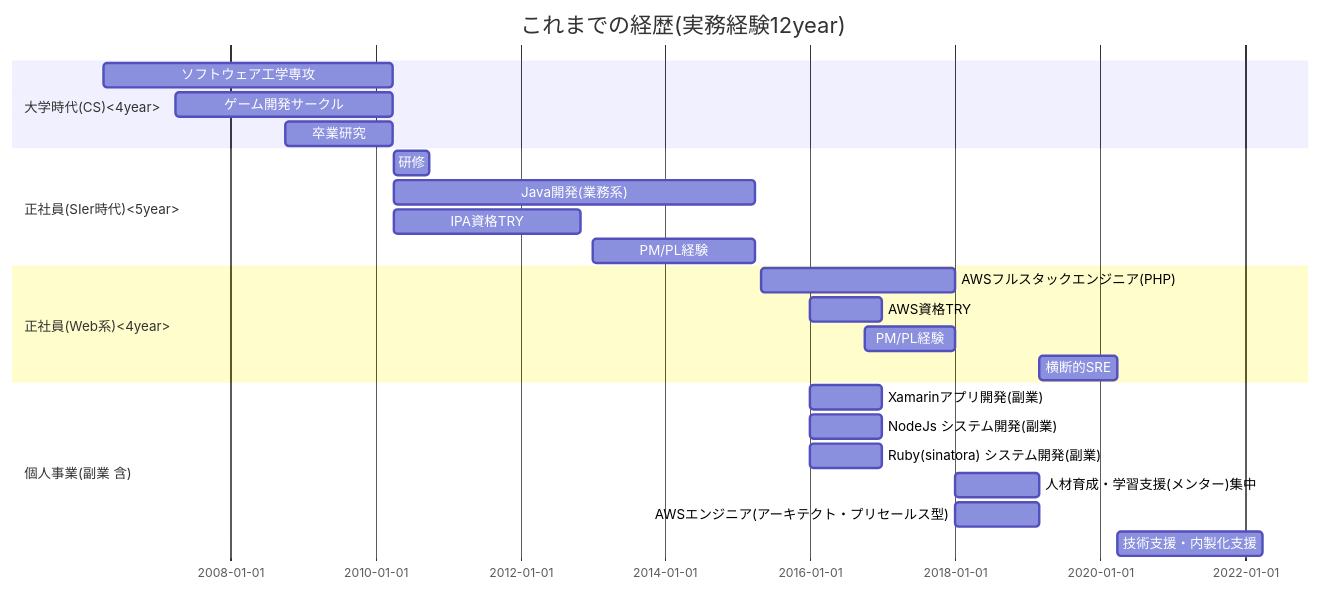
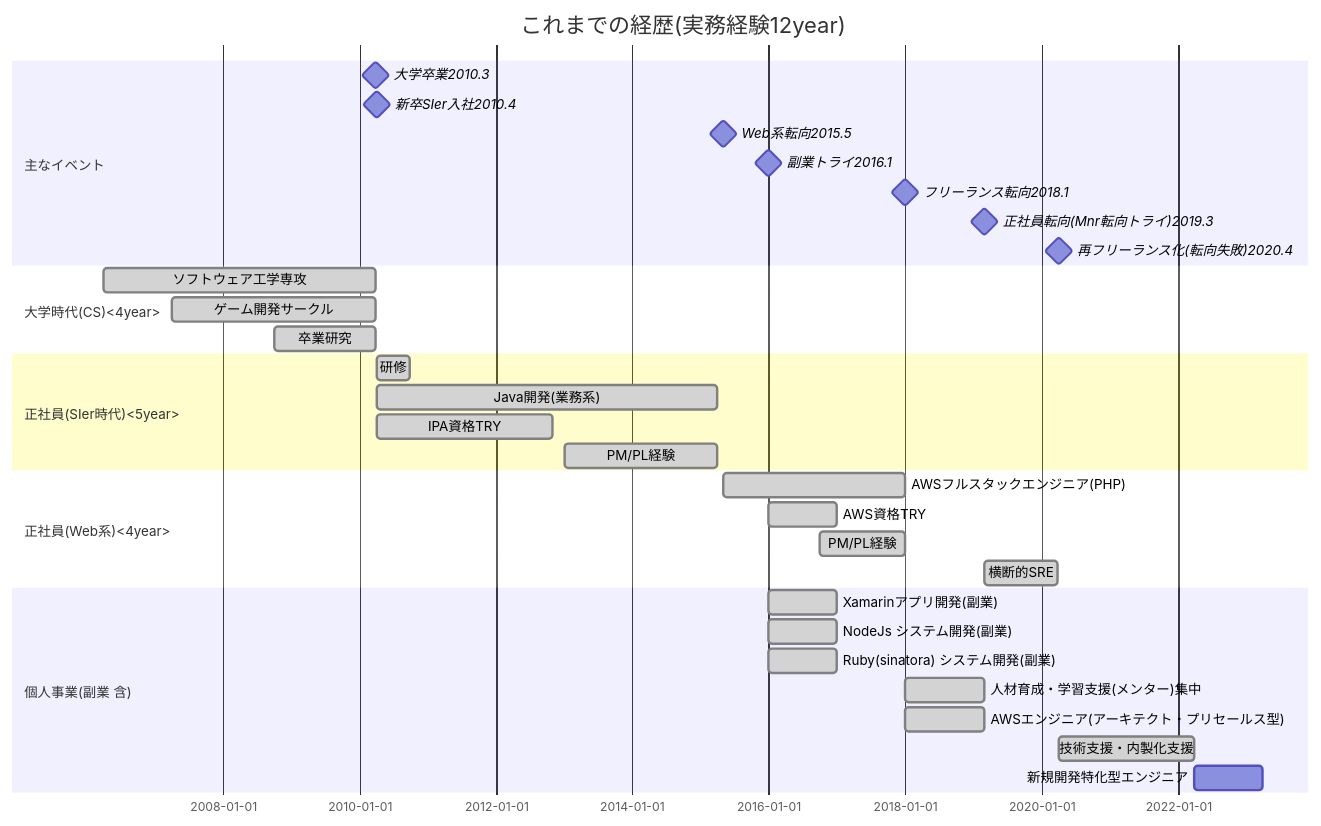
The diagram in README.md (Eigo-Mt-Fuji/portfolio-2017), drawn with Mermaid before and after one commit.

````diff
--- a/README.md
+++ b/README.md
@@ -16,30 +16,40 @@
 ```mermaid
 gantt
     title これまでの経歴(実務経験12year)
     dateFormat YYYY-MM-DD
     section LOOPASS365
+    section 主なイベント
+    大学卒業2010.3                 :milestone, 2010-03-31, 0d
+    新卒SIer入社2010.4                 :milestone, 2010-04-01, 0d
+    Web系転向2015.5                 :milestone, 2015-05-01, 0d
+    副業トライ2016.1                 :milestone, 2016-01-01, 0d
+    フリーランス転向2018.1                 :milestone, 2018-01-01, 0d
+    正社員転向(Mnr転向トライ)2019.3                 :milestone, 2019-03-01, 0d
+    再フリーランス化(転向失敗)2020.4                 :milestone, 2020-04-01, 0d
+
     section 大学時代(CS)<4year>
-    ソフトウェア工学専攻  :a1,2006-04-01, 2010-03-31
-    ゲーム開発サークル  :a2,2007-04-01, 2010-03-31
-    卒業研究  :a3,2008-10-01, 2010-03-31
+    ソフトウェア工学専攻  :done, a1,2006-04-01, 2010-03-31
+    ゲーム開発サークル  :done, a2,2007-04-01, 2010-03-31
+    卒業研究  :done, a3,2008-10-01, 2010-03-31
 
     section 正社員(SIer時代)<5year>
-    研修  :b1,2010-04-01, 2010-09-30
-    Java開発(業務系)  :b2,2010-04-01, 2015-03-31
-    IPA資格TRY  :b3,2010-04-01, 2012-10-31
-    PM/PL経験  :b4,2013-01-01, 2015-03-31
+    研修  :done, b1,2010-04-01, 2010-09-30
+    Java開発(業務系)  :done, b2,2010-04-01, 2015-03-31
+    IPA資格TRY  :done, b3,2010-04-01, 2012-10-31
+    PM/PL経験  :done, b4,2013-01-01, 2015-03-31
 
     section 正社員(Web系)<4year>
-    AWSフルスタックエンジニア(PHP)  :c1,2015-05-01, 2017-12-31
-    AWS資格TRY  :c2,2016-01-01, 2016-12-31
-    PM/PL経験  :c3,2016-10-01, 2017-12-31
-    横断的SRE  :c4,2019-03-01, 2020-03-31
+    AWSフルスタックエンジニア(PHP)  :done, c1,2015-05-01, 2017-12-31
+    AWS資格TRY  :done, c2,2016-01-01, 2016-12-31
+    PM/PL経験  :done, c3,2016-10-01, 2017-12-31
+    横断的SRE  :done, c4,2019-03-01, 2020-03-31
 
     section 個人事業(副業 含)
-    Xamarinアプリ開発(副業)  :d1,2016-01-01, 2016-12-31
-    NodeJs システム開発(副業)  :d2,2016-01-01, 2016-12-31
-    Ruby(sinatora) システム開発(副業)  :d3,2016-01-01, 2016-12-31
-    人材育成・学習支援(メンター)集中    :d4 ,2018-01-01,2019-02-28
-    AWSエンジニア(アーキテクト・プリセールス型)    :d5 ,2018-01-01,2019-02-28
-    技術支援・内製化支援    :d6,2020-04-01,2022-03-31
+    Xamarinアプリ開発(副業)  :done, d1,2016-01-01, 2016-12-31
+    NodeJs システム開発(副業)  :done, d2,2016-01-01, 2016-12-31
+    Ruby(sinatora) システム開発(副業)  :done, d3,2016-01-01, 2016-12-31
+    人材育成・学習支援(メンター)集中    :done, d4 ,2018-01-01,2019-02-28
+    AWSエンジニア(アーキテクト・プリセールス型)    :done, d5 ,2018-01-01,2019-02-28
+    技術支援・内製化支援    :done, d6,2020-04-01,2022-03-31
+    新規開発特化型エンジニア    :d7,2022-04-01,2023-03-31
 ```
````
